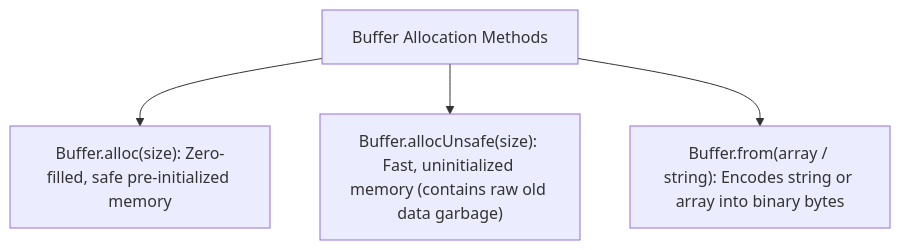
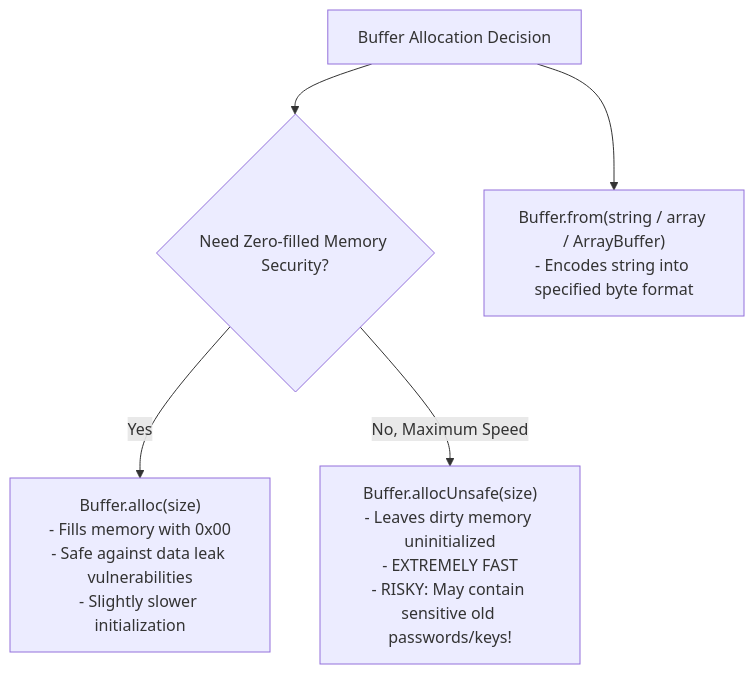
One commit to Amie-dev/engineering-playbook changed the second of 2 diagrams in nodejs-notes/05-buffers.md. Above: the diagram before and after it, drawn with Mermaid. The commit also changed other lines of this file and 32 other files, not shown here.

````diff
--- a/nodejs-notes/05-buffers.md
+++ b/nodejs-notes/05-buffers.md
@@ -10,6 +34,10 @@
 ```mermaid
-graph TD
-    Alloc[Buffer Allocation Methods] --> BufferAlloc["Buffer.alloc(size): Zero-filled, safe pre-initialized memory"]
-    Alloc --> BufferUnsafe["Buffer.allocUnsafe(size): Fast, uninitialized memory (contains raw old data garbage)"]
-    Alloc --> BufferFrom["Buffer.from(array / string): Encodes string or array into binary bytes"]
+flowchart TD
+    StartAlloc[Buffer Allocation Decision] --> IsSafe{Need Zero-filled Memory Security?}
+    
+    IsSafe -- Yes --> SafeAlloc["Buffer.alloc(size)<br/>- Fills memory with 0x00<br/>- Safe against data leak vulnerabilities<br/>- Slightly slower initialization"]
+    
+    IsSafe -- No, Maximum Speed --> UnsafeAlloc["Buffer.allocUnsafe(size)<br/>- Leaves dirty memory uninitialized<br/>- EXTREMELY FAST<br/>- RISKY: May contain sensitive old passwords/keys!"]
+
+    StartAlloc --> ConvertData["Buffer.from(string / array / ArrayBuffer)<br/>- Encodes string into specified byte format"]
 ```
````
